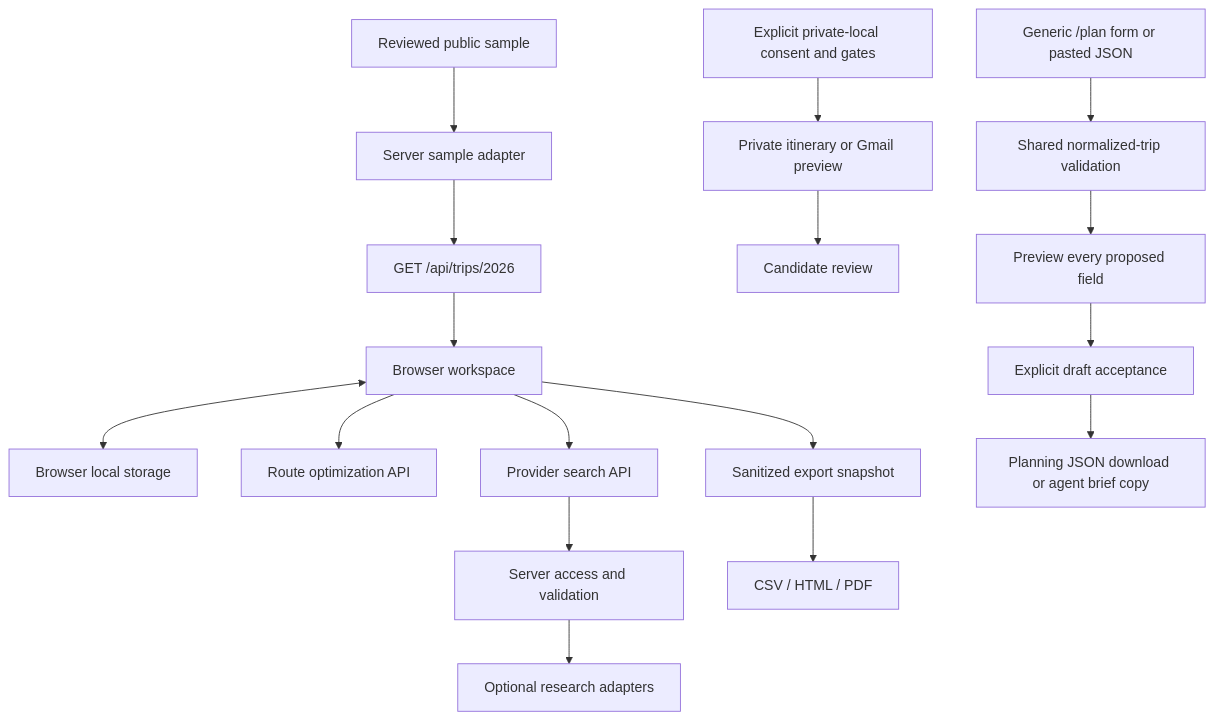
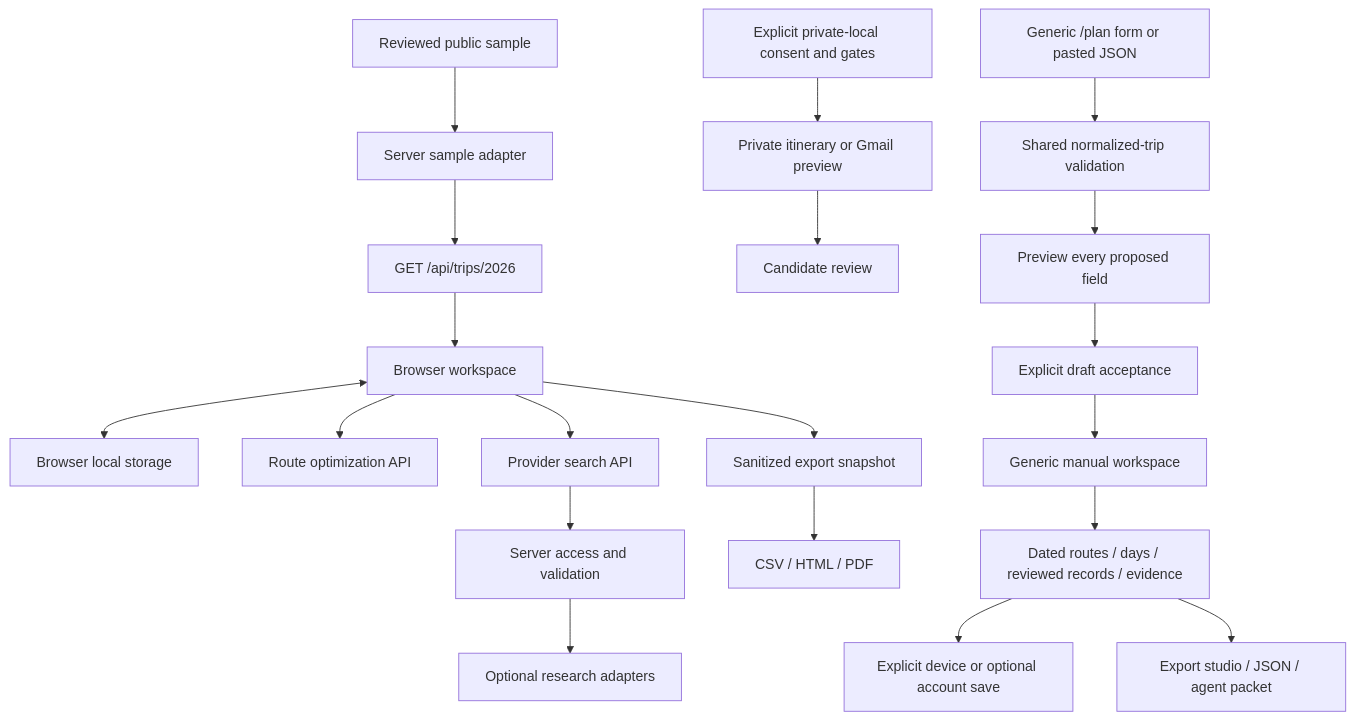
The diagram in docs/ARCHITECTURE.md (0marm0/Trippy-Travel-Planner), drawn with Mermaid before and after one commit. The commit also changed other lines of this file and 74 other files, not shown here.

Commit message:
Build reusable planning tools, proposal discussions, and export studio

````diff
--- a/docs/ARCHITECTURE.md
+++ b/docs/ARCHITECTURE.md
@@ -7,19 +7,22 @@
 ```mermaid
 flowchart TD
   Sample[Reviewed public sample] --> Loader[Server sample adapter]
   Loader --> API[GET /api/trips/2026]
   API --> UI[Browser workspace]
   UI <--> State[Browser local storage]
   UI --> Optimizer[Route optimization API]
   UI --> Research[Provider search API]
   Research --> Access[Server access and validation]
   Access --> Providers[Optional research adapters]
   UI --> Export[Sanitized export snapshot]
   Export --> Files[CSV / HTML / PDF]
   Consent[Explicit private-local consent and gates] --> Imports[Private itinerary or Gmail preview]
   Imports --> Review[Candidate review]
   Form[Generic /plan form or pasted JSON] --> Validate[Shared normalized-trip validation]
   Validate --> Preview[Preview every proposed field]
   Preview --> Accept[Explicit draft acceptance]
-  Accept --> Draft[Planning JSON download or agent brief copy]
+  Accept --> Draft[Generic manual workspace]
+  Draft --> Planning[Dated routes / days / reviewed records / evidence]
+  Planning --> Persistence[Explicit device or optional account save]
+  Planning --> Reading[Export studio / JSON / agent packet]
 ```
````
